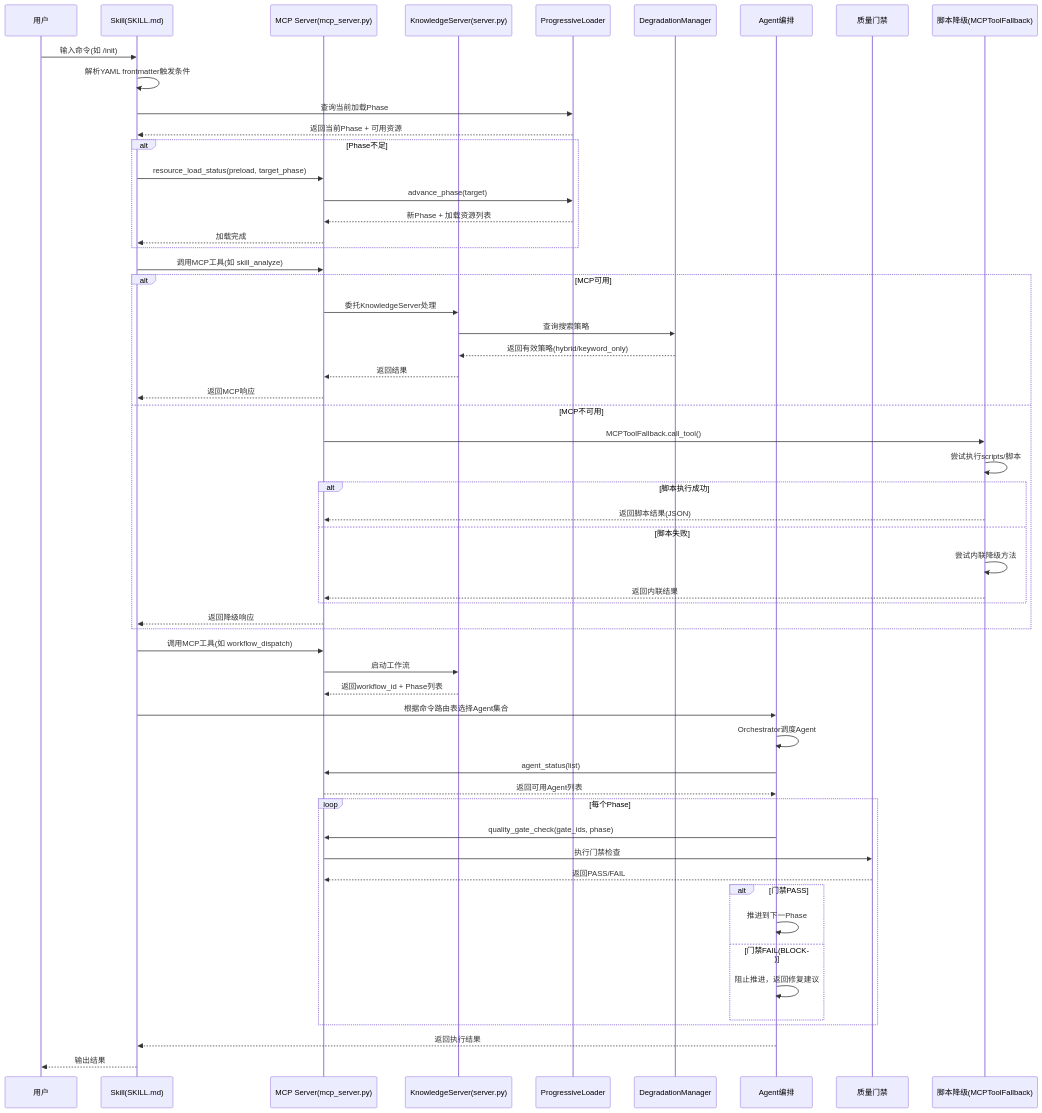
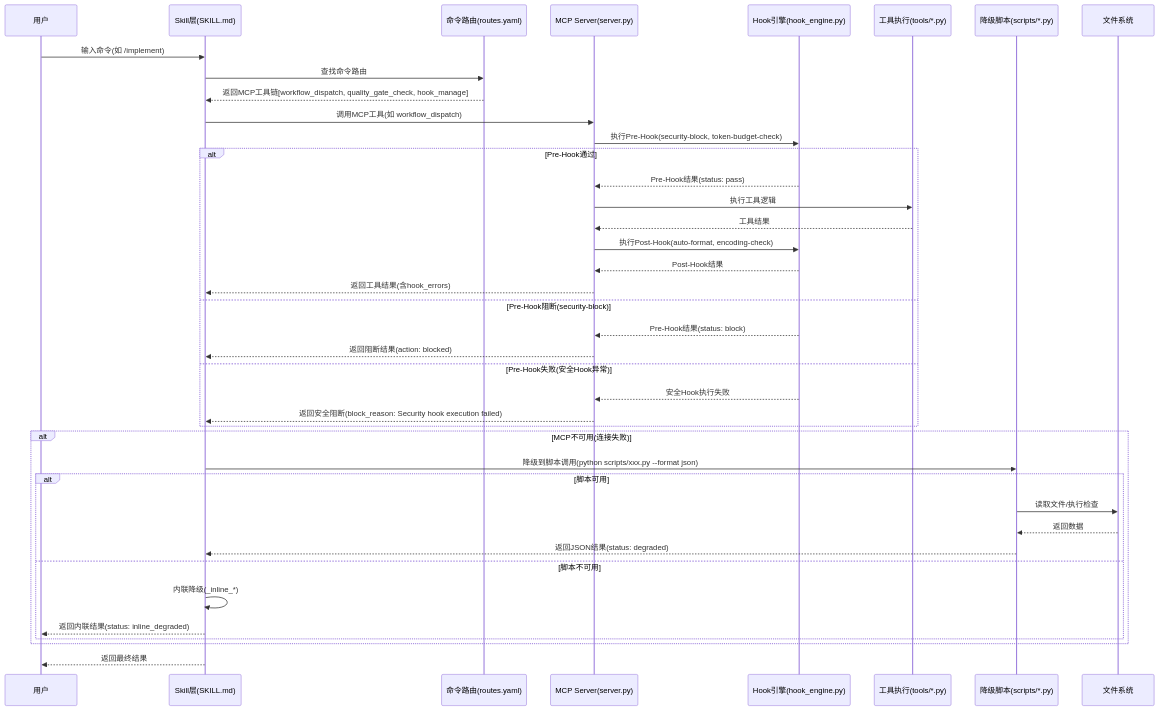
One commit to xuanyuanchumo/xuansto changed the first of 3 diagrams in docs/plan/ARCHITECTURE.md. Above: the diagram before and after it, drawn with Mermaid. The commit also changed other lines of this file and 139 other files, not shown here.

````diff
--- a/docs/plan/ARCHITECTURE.md
+++ b/docs/plan/ARCHITECTURE.md
@@ -546,67 +638,47 @@
 ```mermaid
 sequenceDiagram
-    participant U as 用户
-    participant S as Skill(SKILL.md)
-    participant M as MCP Server(mcp_server.py)
-    participant K as KnowledgeServer(server.py)
-    participant P as ProgressiveLoader
-    participant D as DegradationManager
-    participant A as Agent编排
-    participant Q as 质量门禁
-    participant F as 脚本降级(MCPToolFallback)
+    participant User as 用户
+    participant Skill as Skill层(SKILL.md)
+    participant Route as 命令路由(routes.yaml)
+    participant MCP as MCP Server(server.py)
+    participant Hook as Hook引擎(hook_engine.py)
+    participant Tool as 工具执行(tools/*.py)
+    participant Script as 降级脚本(scripts/*.py)
+    participant FS as 文件系统
 
-    U->>S: 输入命令(如 /init)
-    S->>S: 解析YAML frontmatter触发条件
-    S->>P: 查询当前加载Phase
-    P-->>S: 返回当前Phase + 可用资源
+    User->>Skill: 输入命令(如 /implement)
+    Skill->>Route: 查找命令路由
+    Route-->>Skill: 返回MCP工具链[workflow_dispatch, quality_gate_check, hook_manage]
 
-    alt Phase不足
-        S->>M: resource_load_status(preload, target_phase)
-        M->>P: advance_phase(target)
-        P-->>M: 新Phase + 加载资源列表
-        M-->>S: 加载完成
+    Skill->>MCP: 调用MCP工具(如 workflow_dispatch)
+    MCP->>Hook: 执行Pre-Hook(security-block, token-budget-check)
+
+    alt Pre-Hook通过
+        Hook-->>MCP: Pre-Hook结果(status: pass)
+        MCP->>Tool: 执行工具逻辑
+        Tool-->>MCP: 工具结果
+        MCP->>Hook: 执行Post-Hook(auto-format, encoding-check)
+        Hook-->>MCP: Post-Hook结果
+        MCP-->>Skill: 返回工具结果(含hook_errors)
+    else Pre-Hook阻断(security-block)
+        Hook-->>MCP: Pre-Hook结果(status: block)
+        MCP-->>Skill: 返回阻断结果(action: blocked)
+    else Pre-Hook失败(安全Hook异常)
+        Hook-->>MCP: 安全Hook执行失败
+        MCP-->>Skill: 返回安全阻断(block_reason: Security hook execution failed)
     end
 
-    S->>M: 调用MCP工具(如 skill_analyze)
-    
-    alt MCP可用
-        M->>K: 委托KnowledgeServer处理
-        K->>D: 查询搜索策略
-        D-->>K: 返回有效策略(hybrid/keyword_only)
-        K-->>M: 返回结果
-        M-->>S: 返回MCP响应
-    else MCP不可用
-        M->>F: MCPToolFallback.call_tool()
-        F->>F: 尝试执行scripts/脚本
-        alt 脚本执行成功
-            F-->>M: 返回脚本结果(JSON)
-        else 脚本失败
-            F->>F: 尝试内联降级方法
-            F-->>M: 返回内联结果
-        end
-        M-->>S: 返回降级响应
-    end
-
-    S->>M: 调用MCP工具(如 workflow_dispatch)
-    M->>K: 启动工作流
-    K-->>M: 返回workflow_id + Phase列表
-
-    S->>A: 根据命令路由表选择Agent集合
-    A->>A: Orchestrator调度Agent
-    A->>M: agent_status(list)
-    M-->>A: 返回可用Agent列表
-
-    loop 每个Phase
-        A->>M: quality_gate_check(gate_ids, phase)
-        M->>Q: 执行门禁检查
-        Q-->>M: 返回PASS/FAIL
-        alt 门禁PASS
-            A->>A: 推进到下一Phase
-        else 门禁FAIL(BLOCK)
-            A->>A: 阻止推进，返回修复建议
+    alt MCP不可用(连接失败)
+        Skill->>Script: 降级到脚本调用(python scripts/xxx.py --format json)
+        alt 脚本可用
+            Script->>FS: 读取文件/执行检查
+            FS-->>Script: 返回数据
+            Script-->>Skill: 返回JSON结果(status: degraded)
+        else 脚本不可用
+            Skill->>Skill: 内联降级(_inline_*)
+            Skill-->>User: 返回内联结果(status: inline_degraded)
         end
     end
 
-    A-->>S: 返回执行结果
-    S-->>U: 输出结果
+    Skill-->>User: 返回最终结果
 ```
````
